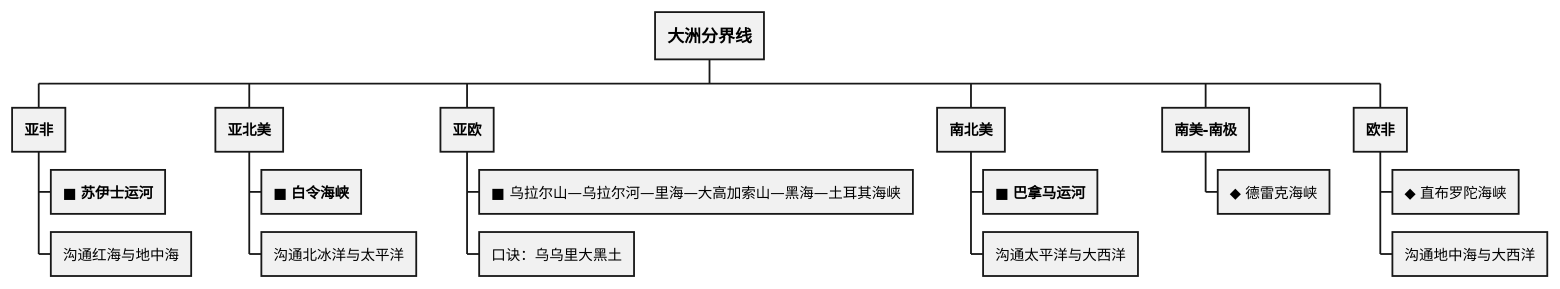
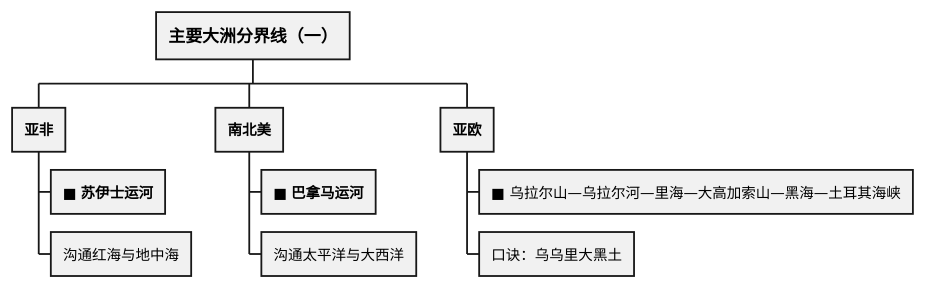
The third of 5 diagrams in 地理/世界地理/大洲和大洋.md (zhyage/Shehui), drawn with PlantUML before and after one commit. The commit also changed 1 other file, not shown here.

Commit message:
大洲分界线WBS拆为3+3两图

````diff
--- a/地理/世界地理/大洲和大洋.md
+++ b/地理/世界地理/大洲和大洋.md
@@ -84,22 +84,14 @@
 ```plantuml
 @startwbs
-+ <size:14><b>大洲分界线</b></size>
++ <size:14><b>主要大洲分界线（一）</b></size>
 ++ <b>亚非</b>
 +++ ■ <b>苏伊士运河</b>
 +++ 沟通红海与地中海
-++ <b>亚北美</b>
-+++ ■ <b>白令海峡</b>
-+++ 沟通北冰洋与太平洋
+++ <b>南北美</b>
++++ ■ <b>巴拿马运河</b>
++++ 沟通太平洋与大西洋
 ++ <b>亚欧</b>
 +++ ■ 乌拉尔山—乌拉尔河—里海—大高加索山—黑海—土耳其海峡
 +++ 口诀：乌乌里大黑土
-++ <b>南北美</b>
-+++ ■ <b>巴拿马运河</b>
-+++ 沟通太平洋与大西洋
-++ <b>南美-南极</b>
-+++ ◆ 德雷克海峡
-++ <b>欧非</b>
-+++ ◆ 直布罗陀海峡
-+++ 沟通地中海与大西洋
 @endwbs
 ```
````
